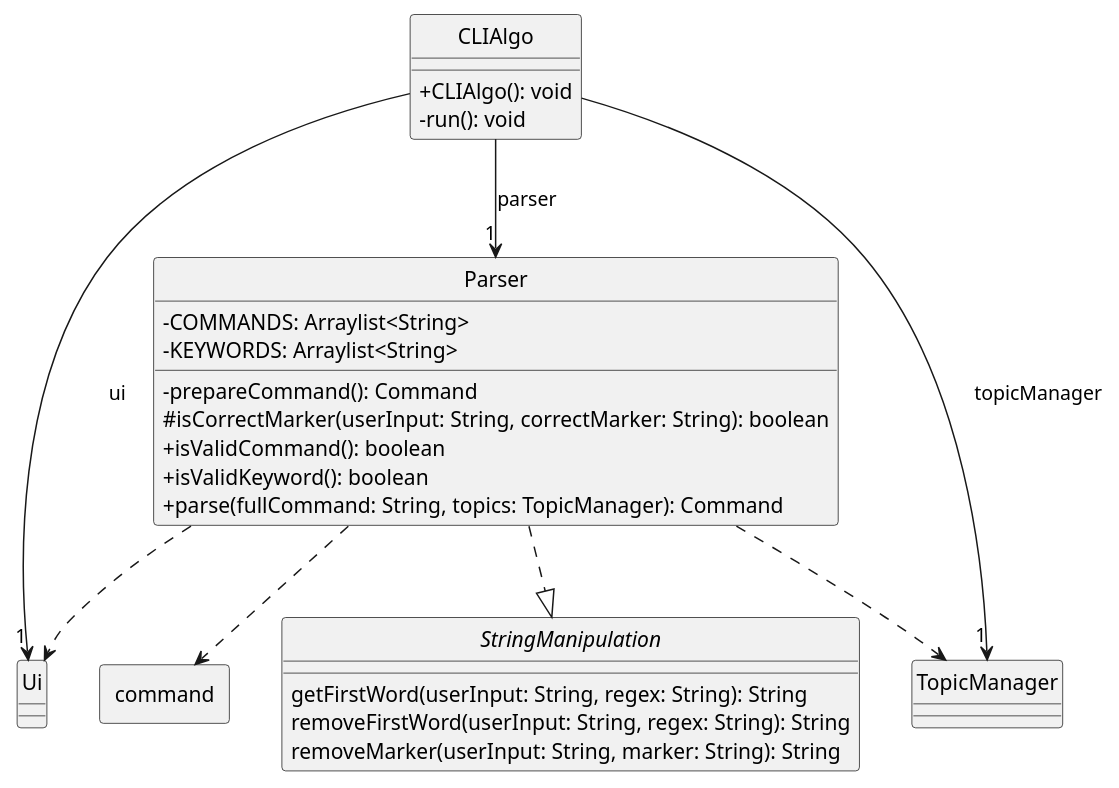
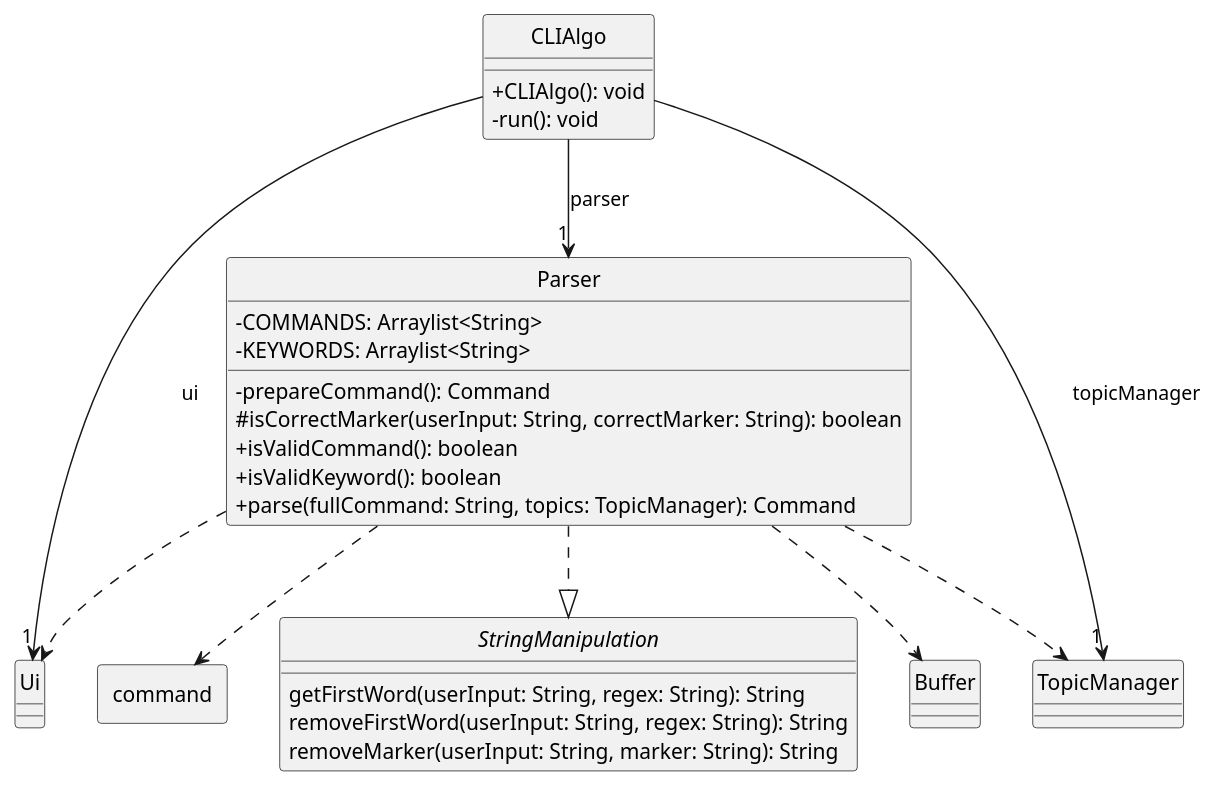
One commit to ong-ck/tp changed the diagram in docs/uml/source-files/ParserClass.puml. Above: the diagram before and after it, drawn with PlantUML. The commit also changed 7 other files, not shown here.

Commit message:
Update all class diagram to include dependency on Buffer

```diff
--- a/docs/uml/source-files/ParserClass.puml
+++ b/docs/uml/source-files/ParserClass.puml
@@ -1,44 +1,48 @@
 @startuml
 skinparam classAttributeIconSize 0
 hide circle
 class Parser {
 -COMMANDS: Arraylist<String>
 -KEYWORDS: Arraylist<String>
 
 -prepareCommand(): Command
 #isCorrectMarker(userInput: String, correctMarker: String): boolean
 +isValidCommand(): boolean
 +isValidKeyword(): boolean
 +parse(fullCommand: String, topics: TopicManager): Command
 }
 
 interface StringManipulation {
 getFirstWord(userInput: String, regex: String): String
 removeFirstWord(userInput: String, regex: String): String
 removeMarker(userInput: String, marker: String): String
 }
 
 class Ui {
 }
 
 class TopicManager {
 }
 
+class Buffer {
+}
+
 class CLIAlgo {
 +CLIAlgo(): void
 -run(): void
 }
 
 package command <<rectangle>>{
 }
 
 CLIAlgo --> "1" Ui : ui
 CLIAlgo --> "1" TopicManager : topicManager
 CLIAlgo --> "1" Parser : parser
 Parser ..|> StringManipulation
 Parser ..> Ui
 Parser ..> TopicManager
 Parser ..> command
+Parser ..> Buffer
 
 
 @enduml
```
